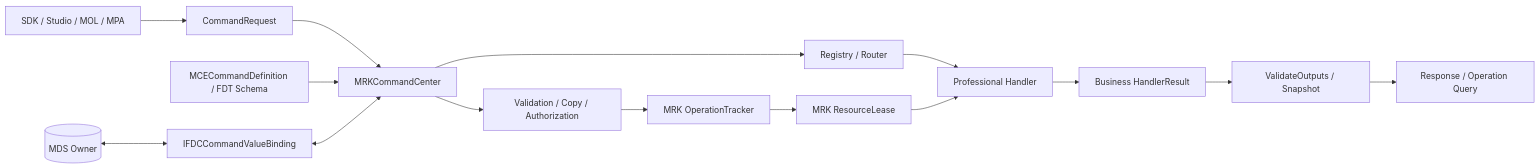
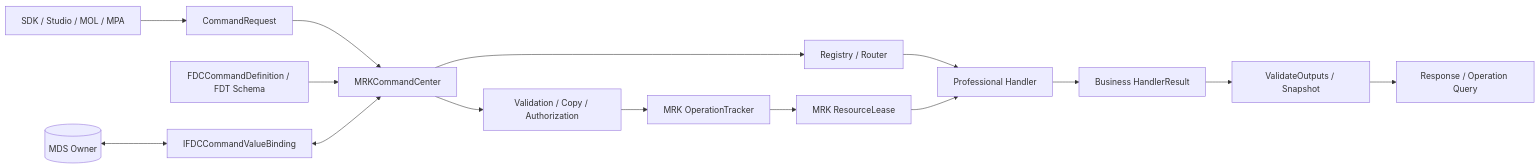
One commit to oudream/cx-visual-x3 changed the first of 2 diagrams in DOCS/Implementation/CxVisual_公共机制体系#命令中心——进程内实现与验收_V1.0.md. Above: the diagram before and after it, drawn with Mermaid. The commit also changed other lines of this file and 17 other files, not shown here.

````diff
--- a/DOCS/Implementation/CxVisual_公共机制体系#命令中心——进程内实现与验收_V1.0.md
+++ b/DOCS/Implementation/CxVisual_公共机制体系#命令中心——进程内实现与验收_V1.0.md
@@ -44,17 +44,17 @@
 ```mermaid
 flowchart LR
   Dev[SDK / Studio / MOL / MPA] --> Request[CommandRequest]
   Request --> Center[MRKCommandCenter]
-  Def[MCECommandDefinition / FDT Schema] --> Center
+  Def[FDCCommandDefinition / FDT Schema] --> Center
   Center --> Registry[Registry / Router]
   Registry --> Handler[Professional Handler]
   Center --> Guard[Validation / Copy / Authorization]
   Guard --> Tracker[MRK OperationTracker]
   Tracker --> Lease[MRK ResourceLease]
   Lease --> Handler
   Handler --> Result[Business HandlerResult]
   Result --> Validate[ValidateOutputs / Snapshot]
   Validate --> Query[Response / Operation Query]
   MDS[(MDS Owner)] <--> Binding[IFDCCommandValueBinding]
   Binding <--> Center
 ```
````
